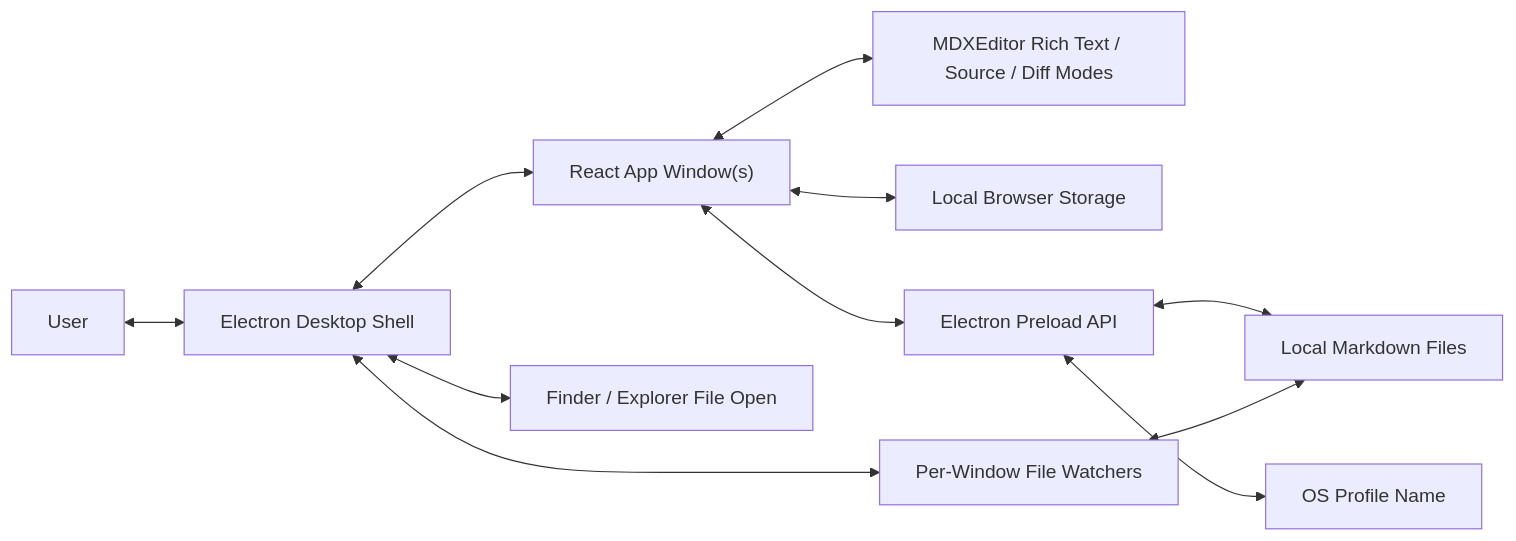
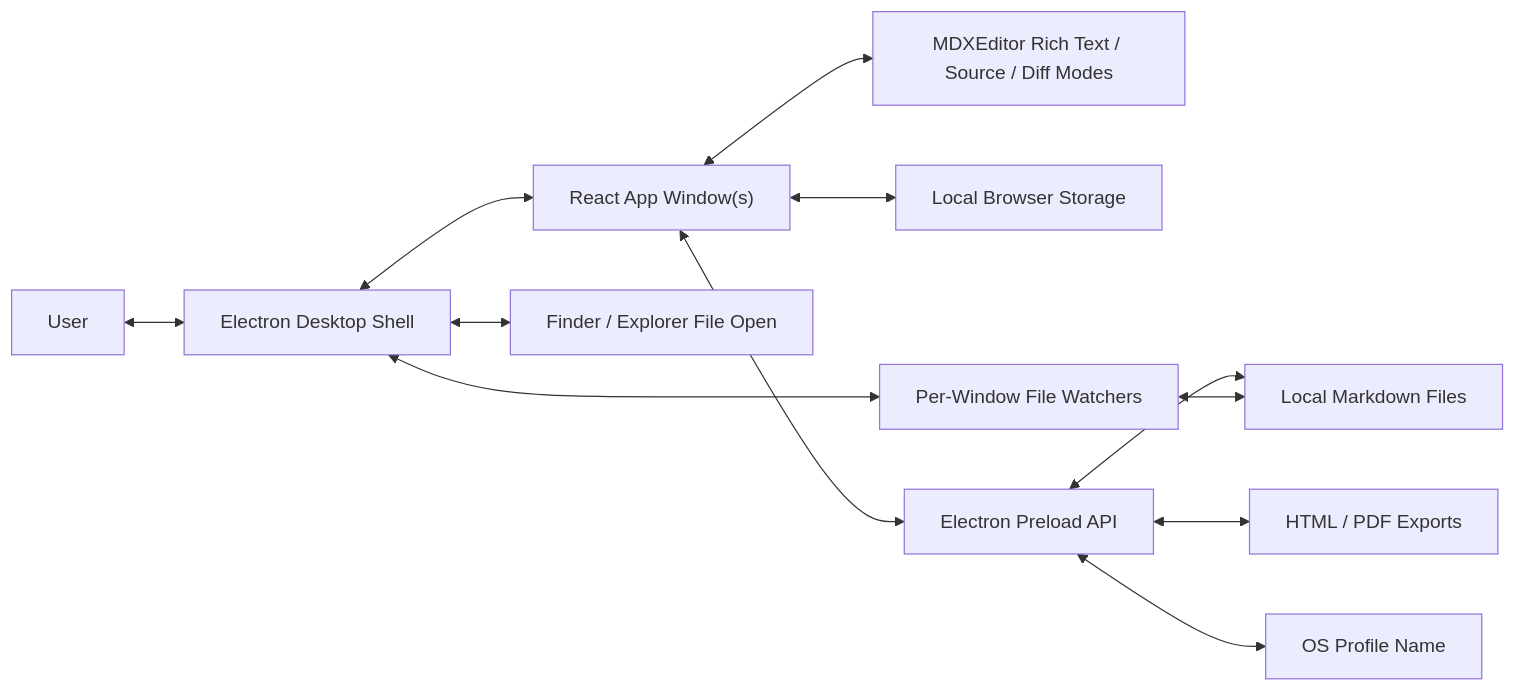
The diagram in ARCHITECTURE.md (umpecca/nexus), drawn with Mermaid before and after one commit. The commit also changed other lines of this file and 31 other files, not shown here.

````diff
--- a/ARCHITECTURE.md
+++ b/ARCHITECTURE.md
@@ -38,13 +40,14 @@
 ```mermaid
 flowchart LR
     User["User"] <--> Shell["Electron Desktop Shell"]
     Shell <--> App["React App Window(s)"]
     App <--> Editor["MDXEditor Rich Text / Source / Diff Modes"]
     App <--> Storage["Local Browser Storage"]
     App <--> Bridge["Electron Preload API"]
     Bridge <--> Files["Local Markdown Files"]
+    Bridge <--> Exports["HTML / PDF Exports"]
     Shell <--> Watcher["Per-Window File Watchers"]
     Watcher <--> Files
     Bridge <--> Profile["OS Profile Name"]
     Shell <--> OSOpen["Finder / Explorer File Open"]
 ```
````
